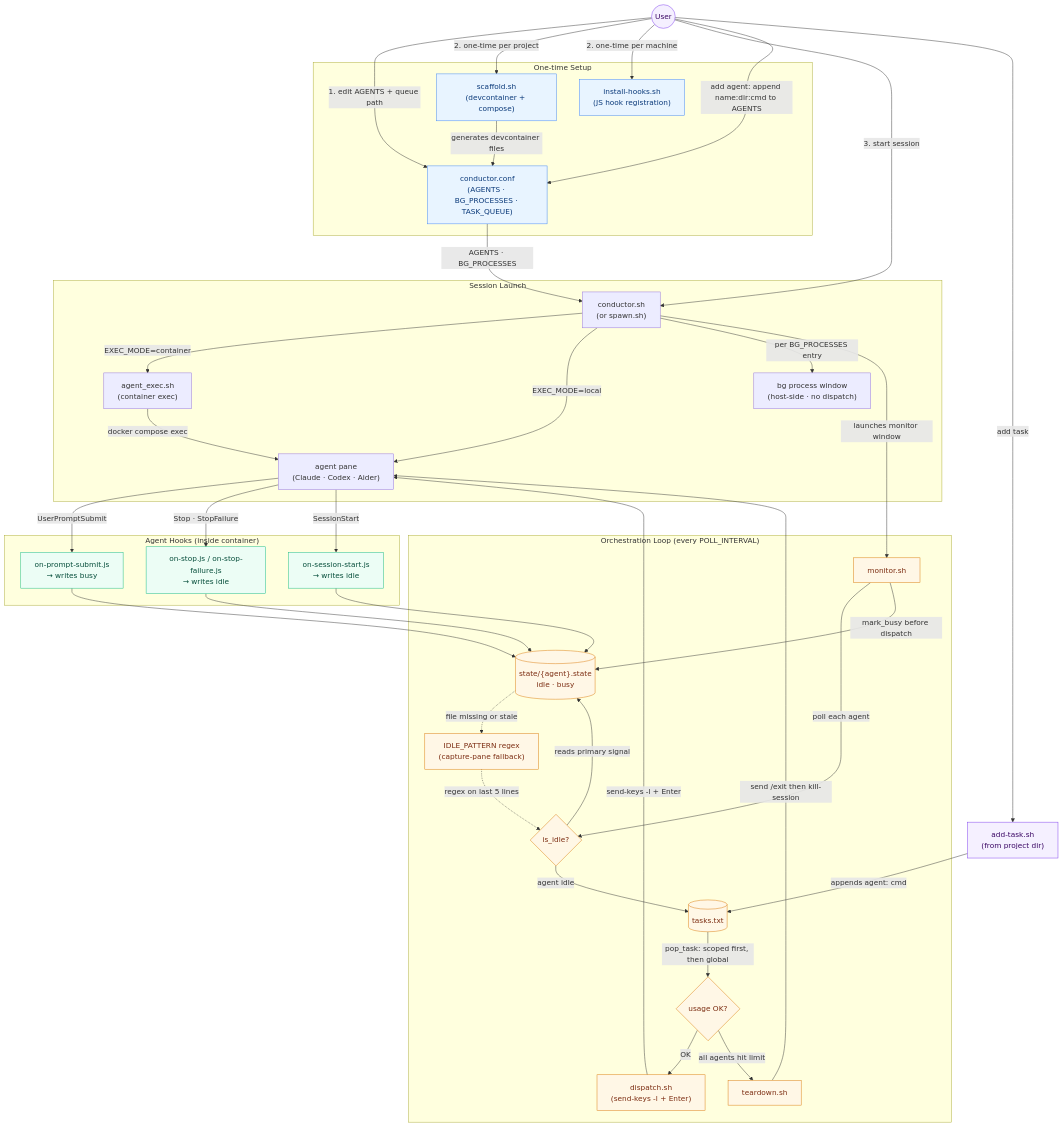
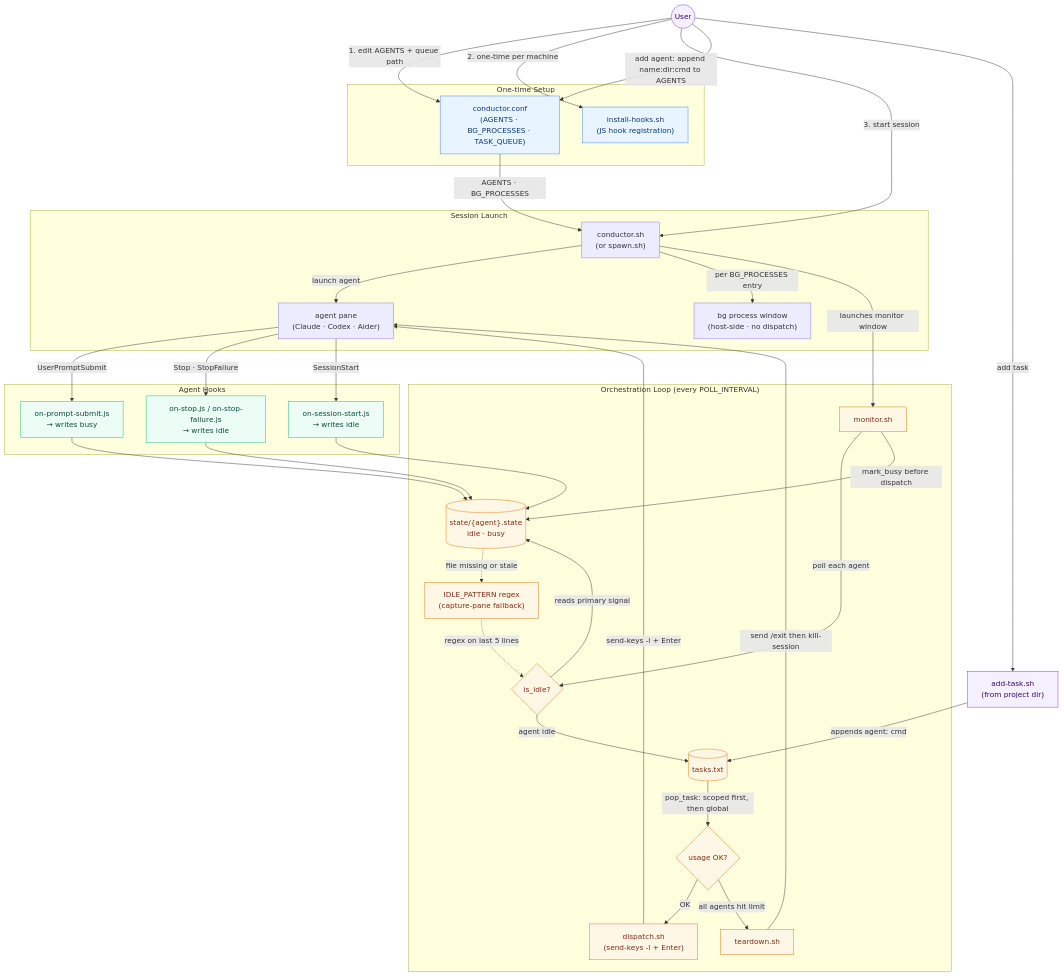
The diagram in conductor-workflow.flowchart.md (codewizard-dt/tmux-conductor), drawn with Mermaid before and after one commit. The commit also changed other lines of this file and 101 other files, not shown here.

```diff
--- a/conductor-workflow.flowchart.md
+++ b/conductor-workflow.flowchart.md
@@ -9,13 +9,11 @@
 
     subgraph Setup ["One-time Setup"]
         ConfFile["conductor.conf\n(AGENTS · BG_PROCESSES · TASK_QUEUE)"]
-        ScaffoldSh["scaffold.sh\n(devcontainer + compose)"]
         InstallHooks["install-hooks.sh\n(JS hook registration)"]
     end
 
     subgraph SessionLaunch ["Session Launch"]
         ConductorSh["conductor.sh\n(or spawn.sh)"]
-        AgentExec["agent_exec.sh\n(container exec)"]
         AgentPane["agent pane\n(Claude · Codex · Aider)"]
         BgPane["bg process window\n(host-side · no dispatch)"]
     end
@@ -31,7 +29,7 @@
         TeardownSh["teardown.sh"]
     end
 
-    subgraph AgentHooks ["Agent Hooks (inside container)"]
+    subgraph AgentHooks ["Agent Hooks"]
         PromptHook["on-prompt-submit.js\n→ writes busy"]
         StopHook["on-stop.js / on-stop-failure.js\n→ writes idle"]
         SessionHook["on-session-start.js\n→ writes idle"]
@@ -39,16 +37,12 @@
 
     %% ── One-time setup ─────────────────────────────────
     User -->|"1. edit AGENTS + queue path"| ConfFile
-    User -->|"2. one-time per project"| ScaffoldSh
-    ScaffoldSh -->|"generates devcontainer files"| ConfFile
     User -->|"2. one-time per machine"| InstallHooks
 
     %% ── Session launch ─────────────────────────────────
     User -->|"3. start session"| ConductorSh
     ConfFile -->|"AGENTS · BG_PROCESSES"| ConductorSh
-    ConductorSh -->|"EXEC_MODE=container"| AgentExec
-    AgentExec -->|"docker compose exec"| AgentPane
-    ConductorSh -->|"EXEC_MODE=local"| AgentPane
+    ConductorSh -->|"launch agent"| AgentPane
     ConductorSh -->|"per BG_PROCESSES entry"| BgPane
     ConductorSh -->|"launches monitor window"| MonitorSh
 
@@ -86,7 +80,7 @@
     classDef hook fill:#ecfdf5,stroke:#10b981,color:#064e3b;
     classDef actor fill:#f5f0ff,stroke:#7c3aed,color:#3b0764;
 
-    class ConfFile,ScaffoldSh,InstallHooks setup;
+    class ConfFile,InstallHooks setup;
     class MonitorSh,IdleCheck,StateFile,IdlePattern,Queue,UsageCheck,DispatchSh,TeardownSh runtime;
     class PromptHook,StopHook,SessionHook hook;
     class User,AddTaskSh actor;
```
